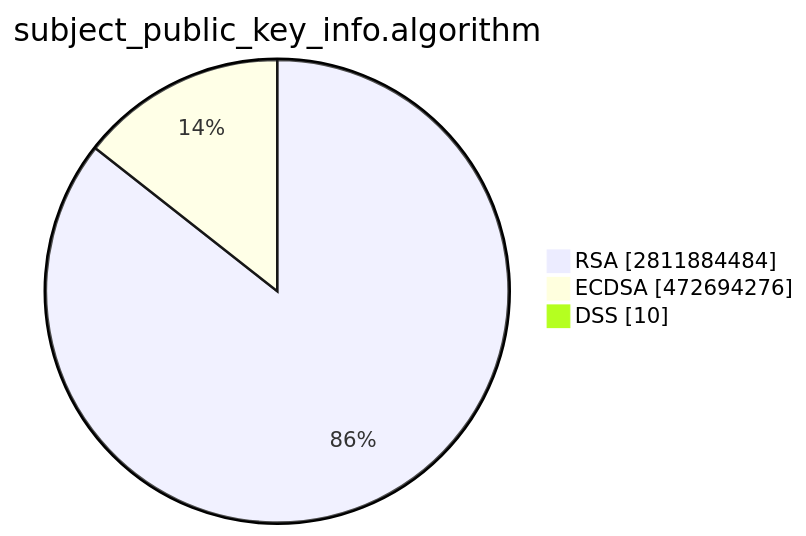
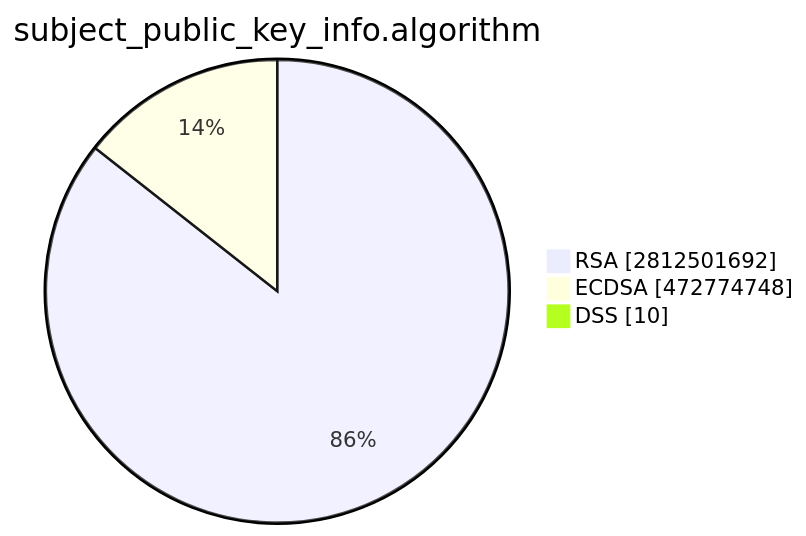
The second of 15 diagrams in TOTAL/README.md (christiankrug/ctmonitor_visualization), drawn with Mermaid before and after one commit. The commit also changed other lines of this file, not shown here.

````diff
--- a/TOTAL/README.md
+++ b/TOTAL/README.md
@@ -6,7 +6,7 @@
 ```mermaid
 pie showData
 title subject_public_key_info.algorithm
-"RSA" :2811884484
-"ECDSA" :472694276
+"RSA" :2812501692
+"ECDSA" :472774748
 "DSS" :10
 ```
````
